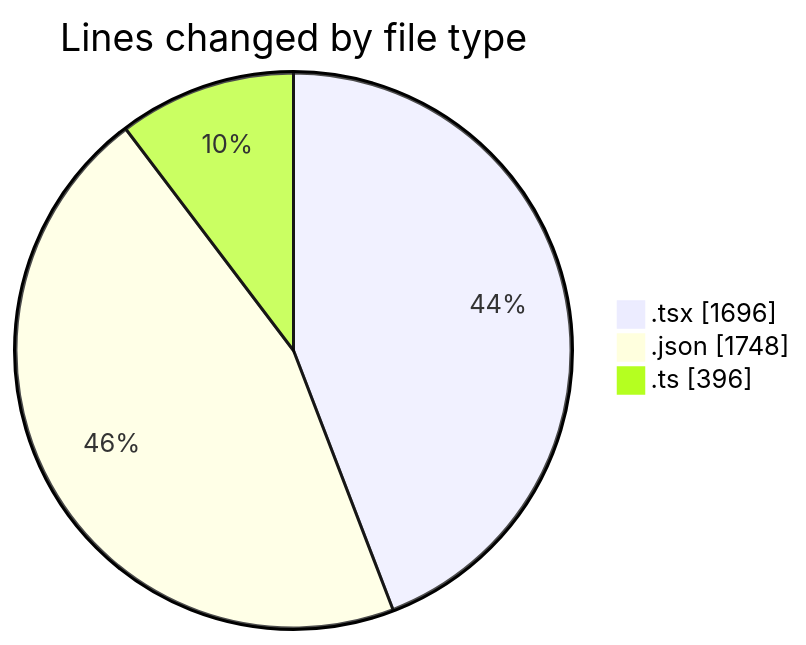
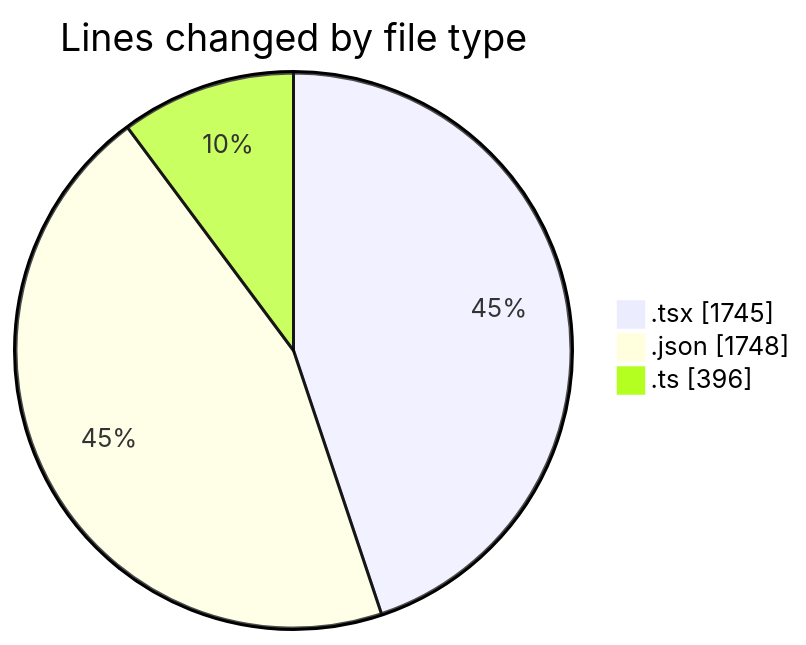
The first of 2 diagrams in 2025-10-30/eventscop-frontend-guide__workspace_/README.md (julien-gomy/code-tracking), drawn with Mermaid before and after one commit. The commit also changed other lines of this file and 1 other file, not shown here.

````diff
--- a/2025-10-30/eventscop-frontend-guide__workspace_/README.md
+++ b/2025-10-30/eventscop-frontend-guide__workspace_/README.md
@@ -34,7 +35,7 @@
 ```mermaid
 pie showData
 title Lines changed by file type
-".tsx" : 1696
+".tsx" : 1745
 ".json" : 1748
 ".ts" : 396
 ```
````
